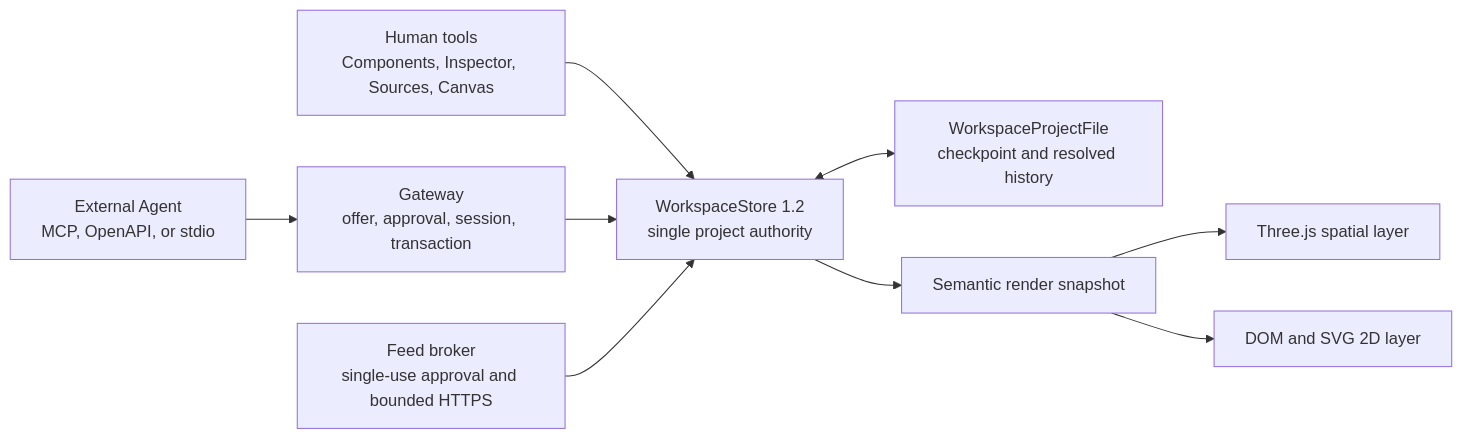
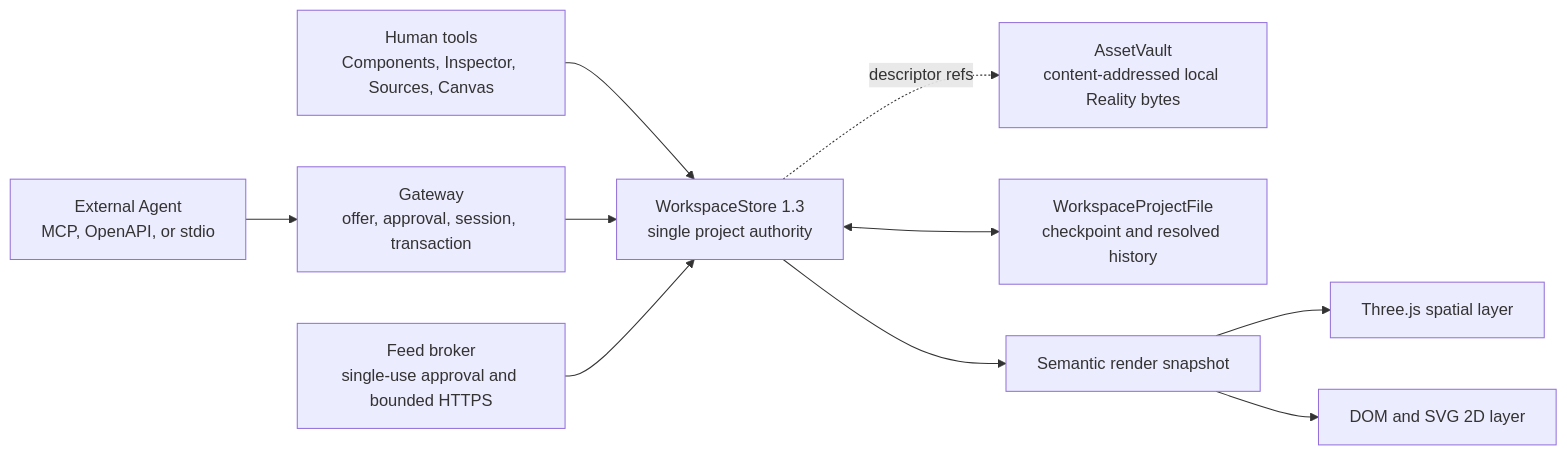
Before and after one commit to riseagain1/semaframe: the diagram in README.md, drawn with Mermaid. The commit also changed other lines of this file and 166 other files, not shown here.

````diff
--- a/README.md
+++ b/README.md
@@ -430,20 +508,22 @@
 ```mermaid
 flowchart LR
     Human["Human tools<br/>Components, Inspector, Sources, Canvas"]
     Agent["External Agent<br/>MCP, OpenAPI, or stdio"]
     Approval["Gateway<br/>offer, approval, session, transaction"]
     Feed["Feed broker<br/>single-use approval and bounded HTTPS"]
-    Store["WorkspaceStore 1.2<br/>single project authority"]
+    Store["WorkspaceStore 1.3<br/>single project authority"]
+    Vault["AssetVault<br/>content-addressed local Reality bytes"]
     Project["WorkspaceProjectFile<br/>checkpoint and resolved history"]
     Projection["Semantic render snapshot"]
     Three["Three.js spatial layer"]
     DOM["DOM and SVG 2D layer"]
 
     Human --> Store
     Agent --> Approval --> Store
     Feed --> Store
     Store <--> Project
+    Store -. descriptor refs .-> Vault
     Store --> Projection
     Projection --> Three
     Projection --> DOM
 ```
````
